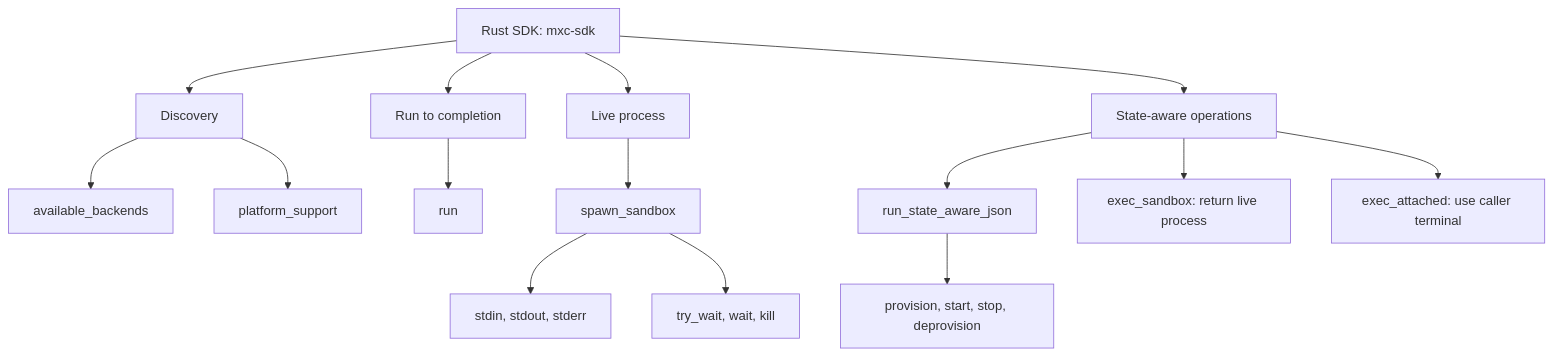
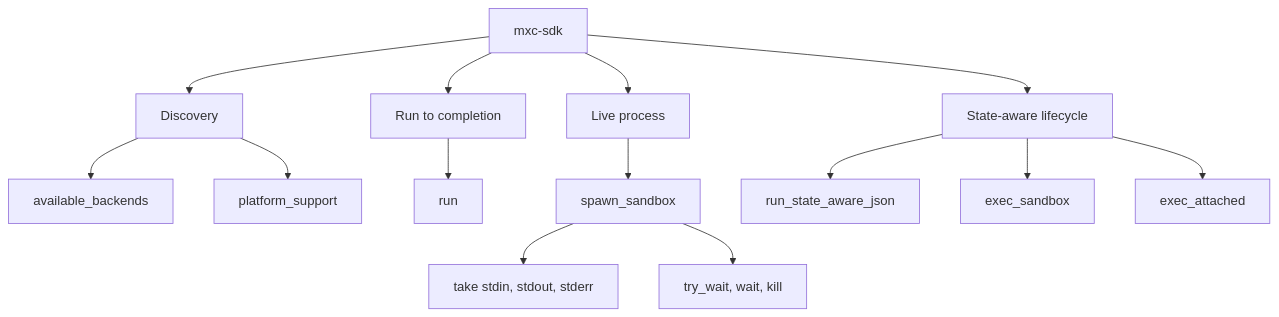
Before and after one commit to microsoft/mxc: the second of 3 diagrams in docs/designs/SDK/rust-sdk-architecture.md, drawn with Mermaid. The commit also changed other lines of this file and 333 other files, not shown here.

````diff
--- a/docs/designs/SDK/rust-sdk-architecture.md
+++ b/docs/designs/SDK/rust-sdk-architecture.md
@@ -30,18 +31,17 @@
 ```mermaid
 flowchart TD
-    S[Rust SDK: mxc-sdk]
+    S[mxc-sdk]
     S --> D[Discovery]
     S --> R[Run to completion]
     S --> P[Live process]
-    S --> A[State-aware operations]
+    S --> A[State-aware lifecycle]
     D --> D1[available_backends]
     D --> D2[platform_support]
     R --> R1[run]
     P --> P1[spawn_sandbox]
-    P1 --> P2[stdin, stdout, stderr]
+    P1 --> P2[take stdin, stdout, stderr]
     P1 --> P3[try_wait, wait, kill]
     A --> A1[run_state_aware_json]
-    A1 --> A4[provision, start, stop, deprovision]
-    A --> A2[exec_sandbox: return live process]
-    A --> A3[exec_attached: use caller terminal]
+    A --> A2[exec_sandbox]
+    A --> A3[exec_attached]
 ```
````
